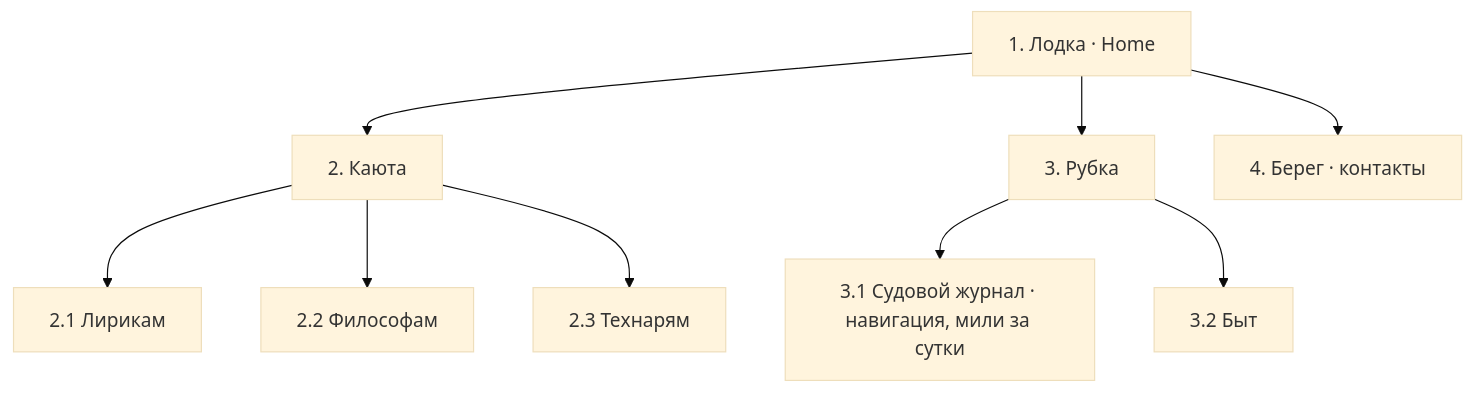
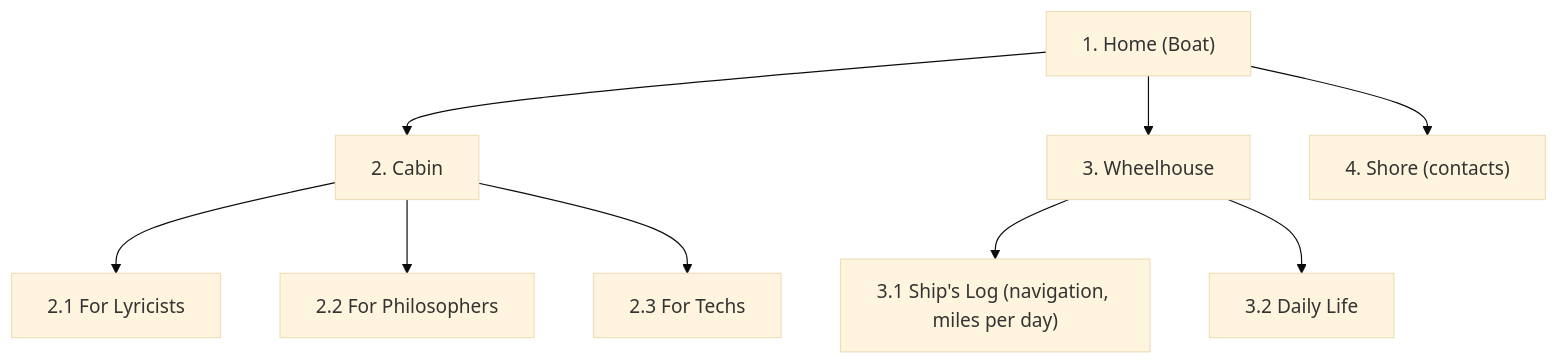
Before and after one commit to andreykapas/Ulysses: the diagram in docs/structure.md, drawn with Mermaid (base theme).

Commit message:
translate site map labels to English for GitHub mermaid rendering

````diff
--- a/docs/structure.md
+++ b/docs/structure.md
@@ -10,18 +10,18 @@
 ```mermaid
 graph TD
-  H["1. Лодка · Home"]
-  K["2. Каюта"]
-  R["3. Рубка"]
-  B["4. Берег · контакты"]
+  H["1. Home (Boat)"]
+  K["2. Cabin"]
+  R["3. Wheelhouse"]
+  B["4. Shore (contacts)"]
 
   H --> K
   H --> R
   H --> B
 
-  K --> K1["2.1 Лирикам"]
-  K --> K2["2.2 Философам"]
-  K --> K3["2.3 Технарям"]
+  K --> K1["2.1 For Lyricists"]
+  K --> K2["2.2 For Philosophers"]
+  K --> K3["2.3 For Techs"]
 
-  R --> R1["3.1 Судовой журнал · навигация, мили за сутки"]
-  R --> R2["3.2 Быт"]
+  R --> R1["3.1 Ship's Log (navigation, miles per day)"]
+  R --> R2["3.2 Daily Life"]
 ```
````
